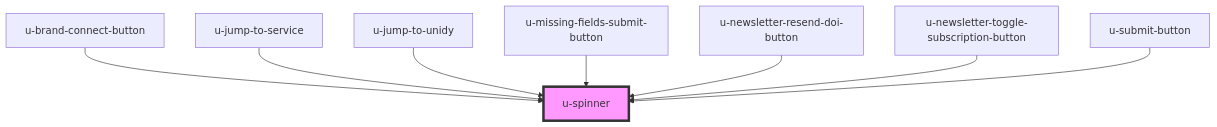
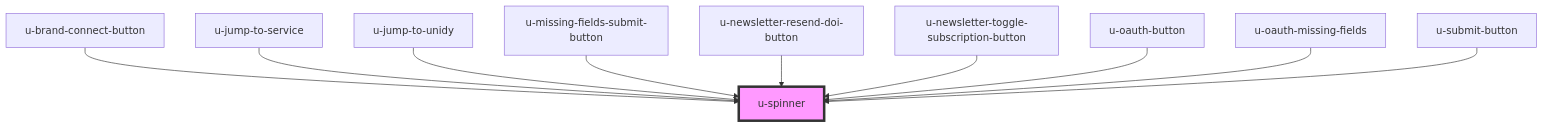
Before and after one commit to UnidyID/unidy-sdk: the diagram in packages/sdk/src/shared/components/spinner/readme.md, drawn with Mermaid. The commit also changed other lines of this file and 36 other files, not shown here.

First line of the commit message:
feat: [UD-2129] OAuth consent flow components (#190)

````diff
--- a/packages/sdk/src/shared/components/spinner/readme.md
+++ b/packages/sdk/src/shared/components/spinner/readme.md
@@ -108,11 +110,13 @@
 ```mermaid
 graph TD;
   u-brand-connect-button --> u-spinner
   u-jump-to-service --> u-spinner
   u-jump-to-unidy --> u-spinner
   u-missing-fields-submit-button --> u-spinner
   u-newsletter-resend-doi-button --> u-spinner
   u-newsletter-toggle-subscription-button --> u-spinner
+  u-oauth-button --> u-spinner
+  u-oauth-missing-fields --> u-spinner
   u-submit-button --> u-spinner
   style u-spinner fill:#f9f,stroke:#333,stroke-width:4px
 ```
````
